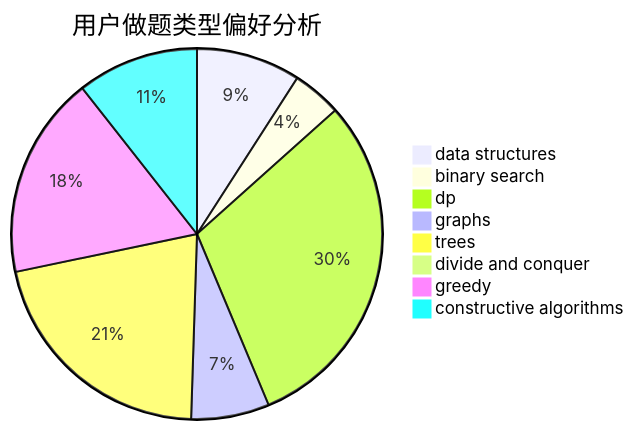
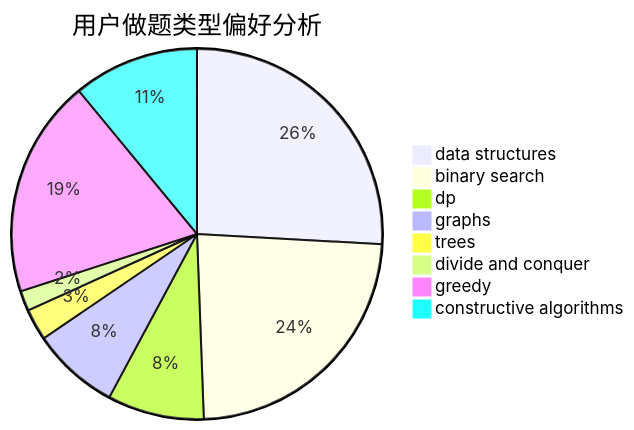
The second of 3 diagrams in docs/user/u1935.md (sherpahu/cfrs.github.io), drawn with Mermaid before and after one commit. The commit also changed other lines of this file and 2770 other files, not shown here.

````diff
--- a/docs/user/u1935.md
+++ b/docs/user/u1935.md
@@ -23,11 +23,11 @@
 ```mermaid
 pie title 用户做题类型偏好分析
-    "data structures" :  36
-    "binary search" :  17
-    "dp" :  120
-    "graphs" :  27
-    "trees" :  84
-    "divide and conquer" :  0
-    "greedy" :  70
-    "constructive algorithms" :  42
+    "data structures" :  132
+    "binary search" :  120
+    "dp" :  43
+    "graphs" :  39
+    "trees" :  14
+    "divide and conquer" :  9
+    "greedy" :  97
+    "constructive algorithms" :  56
 ```
````
